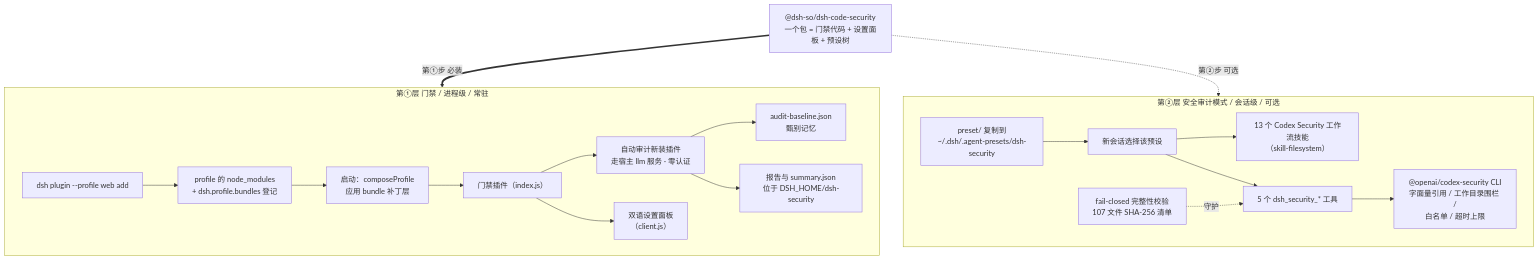
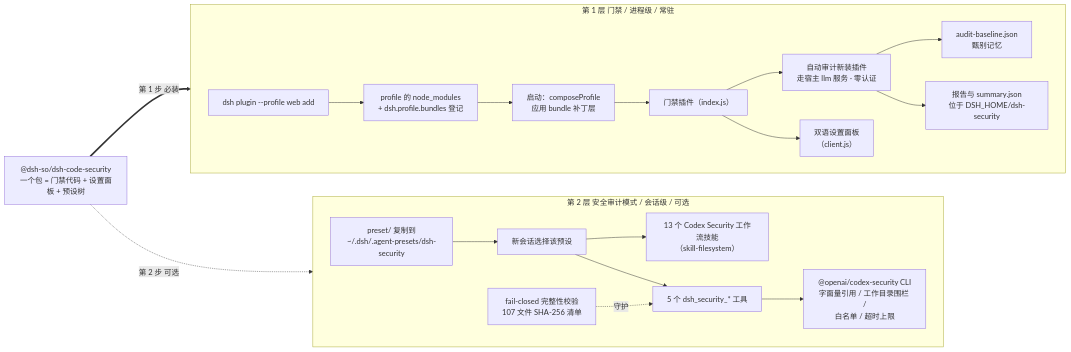
Before and after one commit to dsh-so/dsh-code-security: the diagram in README.zh.md, drawn with Mermaid. The commit also changed other lines of this file and 1 other file, not shown here.

Commit message:
docs: replace circled numerals with plain digits

````diff
--- a/README.zh.md
+++ b/README.zh.md
@@ -35,26 +35,26 @@
 ```mermaid
-flowchart TB
+flowchart LR
   PKG["@dsh-so/dsh-code-security<br/>一个包 = 门禁代码 + 设置面板 + 预设树"]
-  PKG ==>|"第①步 必装"| GATE
-  PKG -.->|"第②步 可选"| MODE
+  PKG ==>|"第 1 步 必装"| GATE
+  PKG -.->|"第 2 步 可选"| MODE
 
-  subgraph GATE["第①层 门禁 / 进程级 / 常驻"]
+  subgraph GATE["第 1 层 门禁 / 进程级 / 常驻"]
     direction LR
     ADD["dsh plugin --profile web add"] --> NM["profile 的 node_modules<br/>+ dsh.profile.bundles 登记"]
     NM --> BOOT["启动：composeProfile<br/>应用 bundle 补丁层"]
     BOOT --> G["门禁插件（index.js）"]
     G --> AUDIT["自动审计新装插件<br/>走宿主 llm 服务 · 零认证"]
     AUDIT --> MEM["audit-baseline.json<br/>甄别记忆"]
     AUDIT --> REP["报告与 summary.json<br/>位于 DSH_HOME/dsh-security"]
     G --> PANEL["双语设置面板<br/>（client.js）"]
   end
 
-  subgraph MODE["第②层 安全审计模式 / 会话级 / 可选"]
+  subgraph MODE["第 2 层 安全审计模式 / 会话级 / 可选"]
     direction LR
     COPY["preset/ 复制到<br/>~/.dsh/.agent-presets/dsh-security"] --> PICK["新会话选择该预设"]
     PICK --> SKILLS["13 个 Codex Security 工作流技能<br/>（skill-filesystem）"]
     PICK --> TOOLS["5 个 dsh_security_* 工具"]
     TOOLS --> CLI["@openai/codex-security CLI<br/>字面量引用 / 工作目录围栏 /<br/>白名单 / 超时上限"]
     INT["fail-closed 完整性校验<br/>107 文件 SHA-256 清单"] -.->|守护| TOOLS
   end
 ```
````
